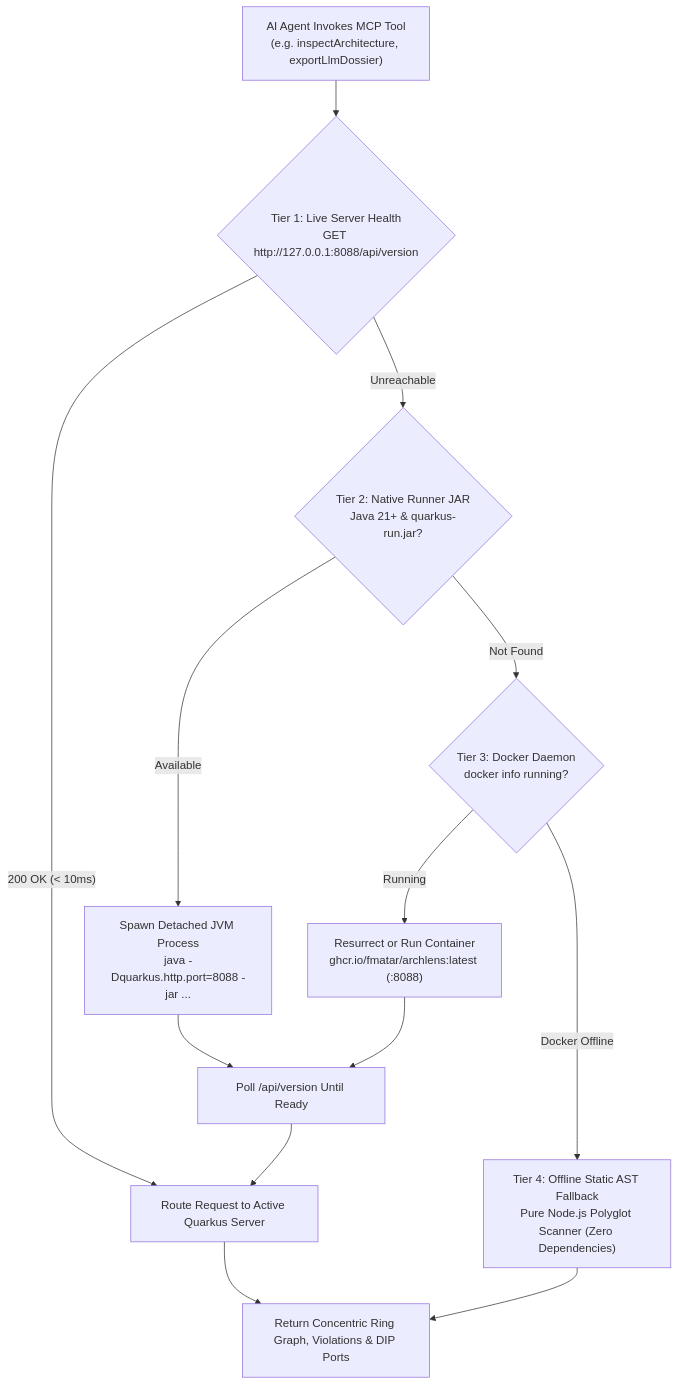
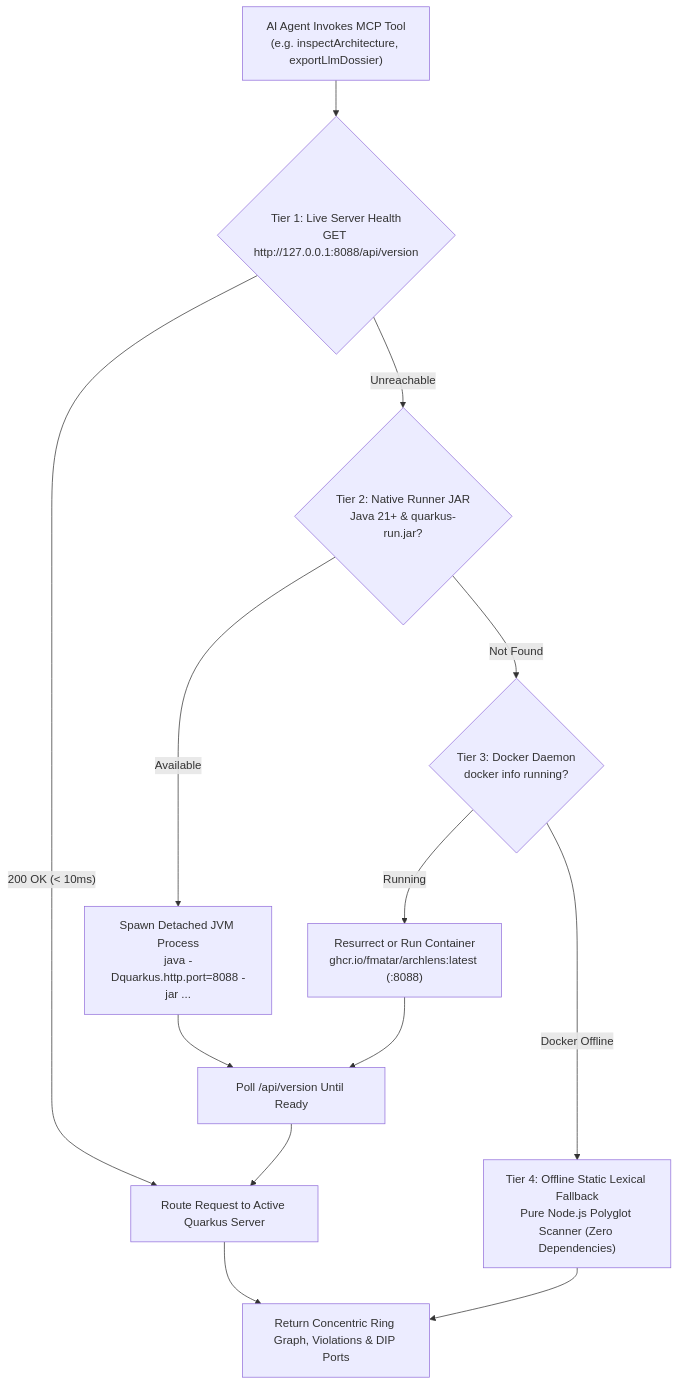
One commit to fmatar/archlens changed the diagram in wiki/MCP-Integration.md. Above: the diagram before and after it, drawn with Mermaid. The commit also changed other lines of this file and 37 other files, not shown here.

First line of the commit message:
refactor(scanner): rename non-Java scanners to *LexicalScanner and strip comment/string literals (#243) (#276)

````diff
--- a/wiki/MCP-Integration.md
+++ b/wiki/MCP-Integration.md
@@ -23,14 +23,14 @@
 ```mermaid
 flowchart TD
     Call["AI Agent Invokes MCP Tool\n(e.g. inspectArchitecture, exportLlmDossier)"] --> T1{"Tier 1: Live Server Health\nGET http://127.0.0.1:8088/api/version"}
     T1 -->|"200 OK (< 10ms)"| Proxy["Route Request to Active Quarkus Server"]
     T1 -->|"Unreachable"| T2{"Tier 2: Native Runner JAR\nJava 21+ & quarkus-run.jar?"}
     T2 -->|"Available"| SpawnJar["Spawn Detached JVM Process\njava -Dquarkus.http.port=8088 -jar ..."]
     SpawnJar --> Poll["Poll /api/version Until Ready"] --> Proxy
     T2 -->|"Not Found"| T3{"Tier 3: Docker Daemon\ndocker info running?"}
     T3 -->|"Running"| SpawnDocker["Resurrect or Run Container\nghcr.io/fmatar/archlens:latest (:8088)"]
     SpawnDocker --> Poll
-    T3 -->|"Docker Offline"| T4["Tier 4: Offline Static AST Fallback\nPure Node.js Polyglot Scanner (Zero Dependencies)"]
+    T3 -->|"Docker Offline"| T4["Tier 4: Offline Static Lexical Fallback\nPure Node.js Polyglot Scanner (Zero Dependencies)"]
     T4 --> Result["Return Concentric Ring Graph, Violations & DIP Ports"]
     Proxy --> Result
 ```
````
